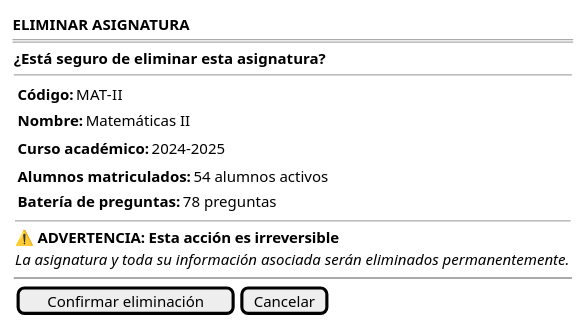
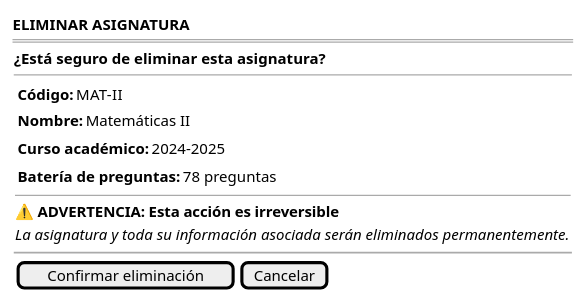
One commit to martinlopez7/25-26-IdSw1-SdR changed the diagram in documents/casos-de-uso/prototipadoCasosDeUso/eliminarAsignatura/eliminarAsignatura.puml. Above: the diagram before and after it, drawn with PlantUML. The commit also changed 65 other files, not shown here.

```diff
--- a/documents/casos-de-uso/prototipadoCasosDeUso/eliminarAsignatura/eliminarAsignatura.puml
+++ b/documents/casos-de-uso/prototipadoCasosDeUso/eliminarAsignatura/eliminarAsignatura.puml
@@ -1,31 +1,30 @@
 @startsalt eliminarAsignatura-wireframe
 {
     <b>ELIMINAR ASIGNATURA</b>
     ===
     {
         <b>¿Está seguro de eliminar esta asignatura?</b>
         --
         { 
             { 
                 {<b>Código:</b> | MAT-II}
                 {<b>Nombre:</b> | Matemáticas II}
             }
             { 
                 {<b>Curso académico:</b> | 2024-2025}
                
             }
             {
-                {<b>Alumnos matriculados:</b> | 54 alumnos activos}
                 {<b>Batería de preguntas:</b> | 78 preguntas}
             }
             --
             <b>⚠️ ADVERTENCIA: Esta acción es irreversible</b>
             <i>La asignatura y toda su información asociada serán eliminados permanentemente.</i>
         }
 
         ~~
 
         {[Confirmar eliminación] | [Cancelar]}
     }
 }
 @endsalt
```
